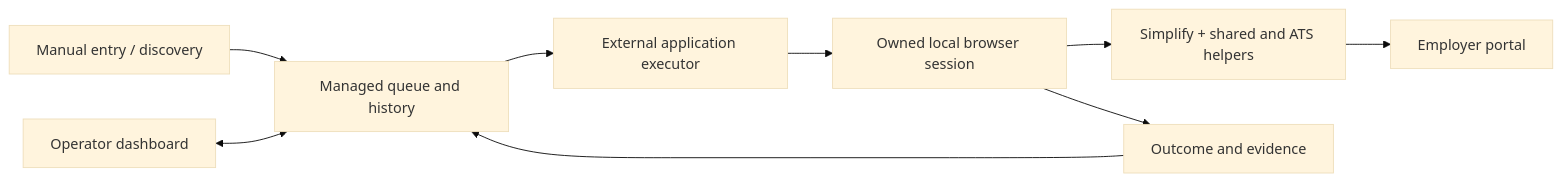
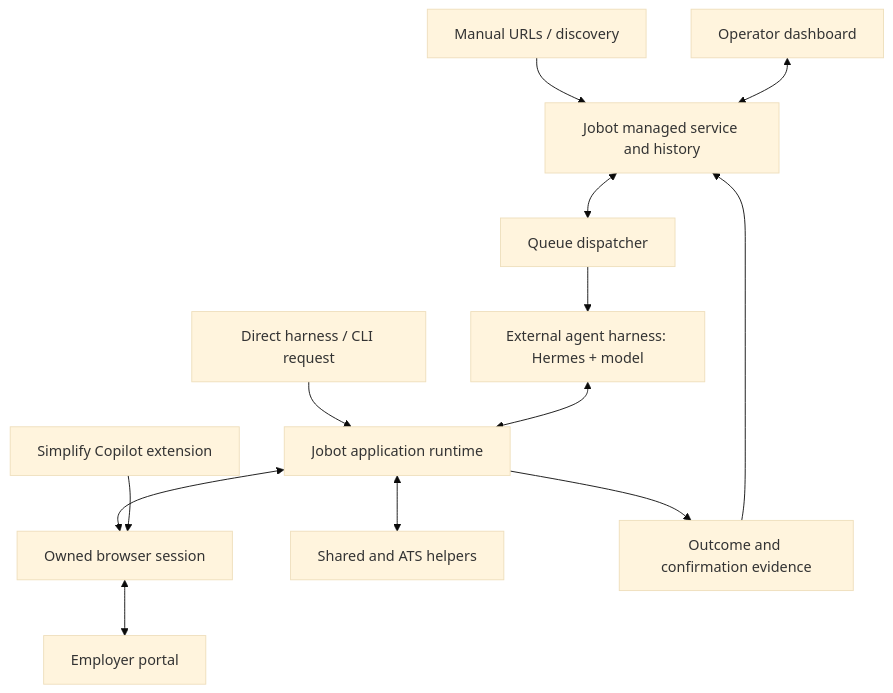
The diagram in README.md (rejozmathew/Jobot), drawn with Mermaid (base theme) before and after one commit. The commit also changed other lines of this file and 9 other files, not shown here.

Commit message:
docs: showcase Jobot dashboard and clarify agent dependencies

````diff
--- a/README.md
+++ b/README.md
@@ -73,11 +88,15 @@
 ```mermaid
-flowchart LR
-    Intake[Manual entry / discovery] --> Queue[Managed queue and history]
-    UI[Operator dashboard] <--> Queue
-    Queue --> Executor[External application executor]
-    Executor --> Runtime[Owned local browser session]
-    Runtime --> Forms[Simplify + shared and ATS helpers]
-    Forms --> Portal[Employer portal]
-    Runtime --> Evidence[Outcome and evidence]
-    Evidence --> Queue
+flowchart TD
+    Intake[Manual URLs / discovery] --> Records[Jobot managed service and history]
+    UI[Operator dashboard] <--> Records
+    Records <--> Queue[Queue dispatcher]
+    Queue --> Agent[External agent harness: Hermes + model]
+    Direct[Direct harness / CLI request] --> Runtime[Jobot application runtime]
+    Agent <--> Runtime
+    Runtime <--> Browser[Owned browser session]
+    Simplify[Simplify Copilot extension] --> Browser
+    Runtime <--> Helpers[Shared and ATS helpers]
+    Browser <--> Portal[Employer portal]
+    Runtime --> Evidence[Outcome and confirmation evidence]
+    Evidence --> Records
 ```
````
